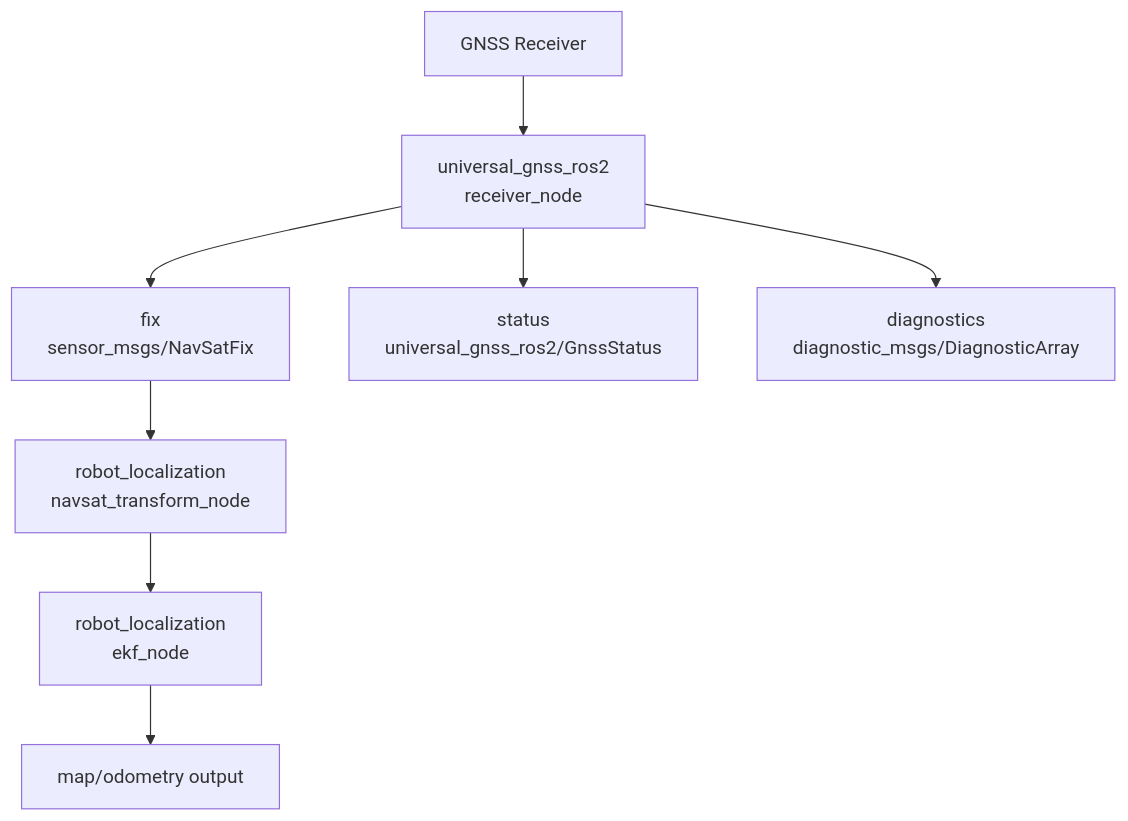
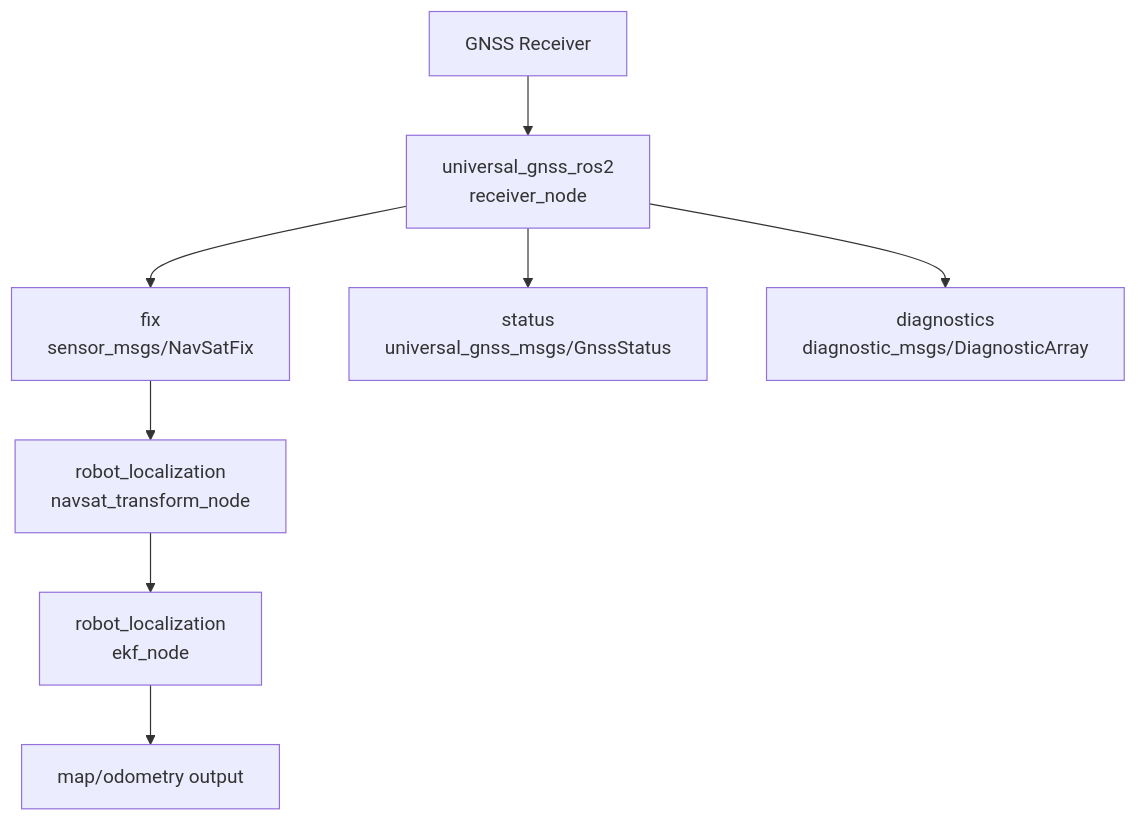
One commit to Pepeuch/universal-gnss changed the first of 2 diagrams in docs/robot_localization.md. Above: the diagram before and after it, drawn with Mermaid. The commit also changed other lines of this file and 22 other files, not shown here.

Commit message:
refactor(ros2): split public interfaces into universal_gnss_msgs

````diff
--- a/docs/robot_localization.md
+++ b/docs/robot_localization.md
@@ -8,20 +8,20 @@
 ```mermaid
 flowchart TB
 
     RX["GNSS Receiver"]
     UGNSS["universal_gnss_ros2<br/>receiver_node"]
     FIX["fix<br/>sensor_msgs/NavSatFix"]
-    STATUS["status<br/>universal_gnss_ros2/GnssStatus"]
+    STATUS["status<br/>universal_gnss_msgs/GnssStatus"]
     DIAG["diagnostics<br/>diagnostic_msgs/DiagnosticArray"]
     NST["robot_localization<br/>navsat_transform_node"]
     EKF["robot_localization<br/>ekf_node"]
     MAP["map/odometry output"]
 
     RX --> UGNSS
     UGNSS --> FIX
     UGNSS --> STATUS
     UGNSS --> DIAG
     FIX --> NST
     NST --> EKF
     EKF --> MAP
 ```
````
